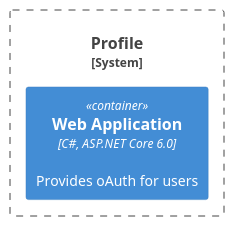
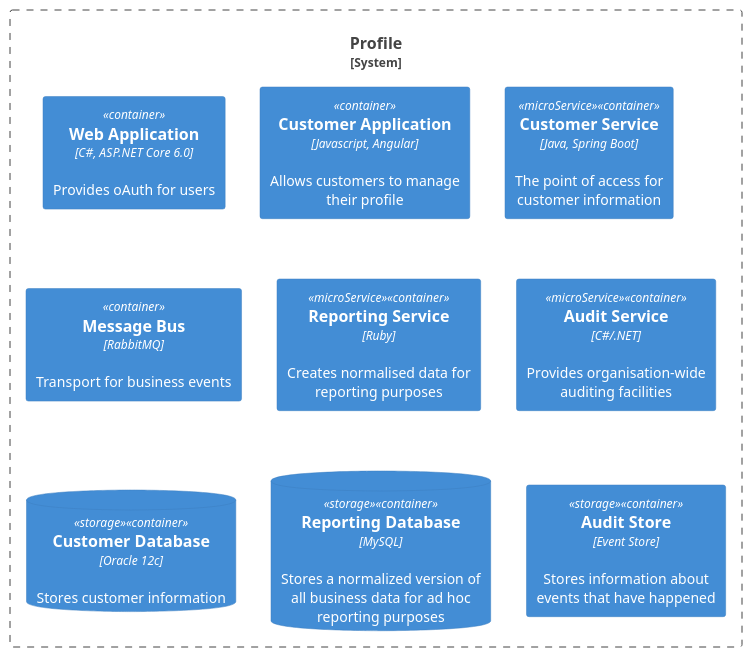
One commit to atrigub/test-rep changed the diagram in t2.puml. Above: the diagram before and after it, drawn with PlantUML.

```diff
--- a/t2.puml
+++ b/t2.puml
@@ -2,7 +2,20 @@
 @startuml "test"
 !include https://raw.githubusercontent.com/plantuml-stdlib/C4-PlantUML/master/C4_Container.puml
 
 System_Boundary(c1, "Profile") {
     Container(identity_service, "Web Application", "C#, ASP.NET Core 6.0", "Provides oAuth for users")
 }
+
+
+System_Boundary(c1, "Customer Information") {
+    Container(app, "Customer Application", "Javascript, Angular", "Allows customers to manage their profile")
+    Container(customer_service, "Customer Service", "Java, Spring Boot", "The point of access for customer information", $tags = "microService")
+    Container(message_bus, "Message Bus", "RabbitMQ", "Transport for business events")
+    Container(reporting_service, "Reporting Service", "Ruby", "Creates normalised data for reporting purposes", $tags = "microService")
+    Container(audit_service, "Audit Service", "C#/.NET", "Provides organisation-wide auditing facilities", $tags = "microService")
+    ContainerDb(customer_db, "Customer Database", "Oracle 12c", "Stores customer information", $tags = "storage")
+    ContainerDb(reporting_db, "Reporting Database", "MySQL", "Stores a normalized version of all business data for ad hoc reporting purposes", $tags = "storage")
+    Container(audit_store, "Audit Store", "Event Store", "Stores information about events that have happened", $tags = "storage")
+}
+
 @enduml
```
